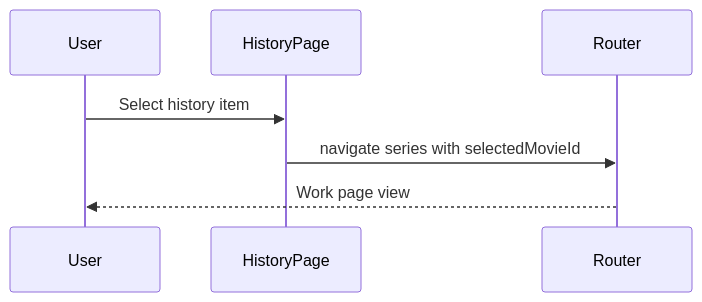
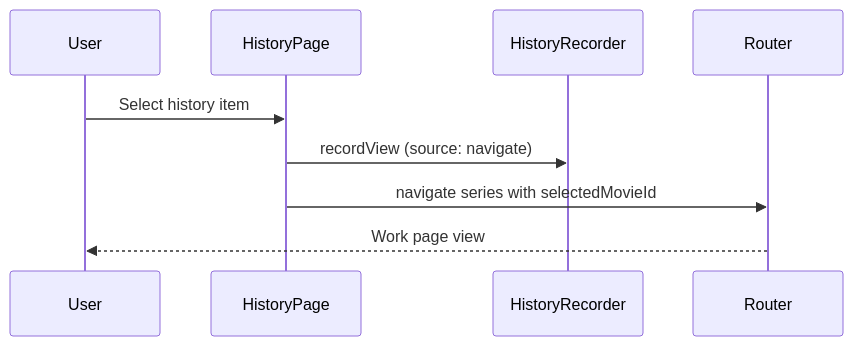
One commit to arinko39140/mangadouga changed the third of 5 diagrams in .kiro/specs/viewing-history-page/design.md. Above: the diagram before and after it, drawn with Mermaid. The commit also changed other lines of this file, not shown here.

Commit message:
Clarify viewing history oshi and record flow

````diff
--- a/.kiro/specs/viewing-history-page/design.md
+++ b/.kiro/specs/viewing-history-page/design.md
@@ -122,9 +122,11 @@
 ```mermaid
 sequenceDiagram
   participant User
   participant HistoryPage
+  participant HistoryRecorder
   participant Router
   User->>HistoryPage: Select history item
+  HistoryPage->>HistoryRecorder: recordView (source: navigate)
   HistoryPage->>Router: navigate series with selectedMovieId
   Router-->>User: Work page view
 ```
````
